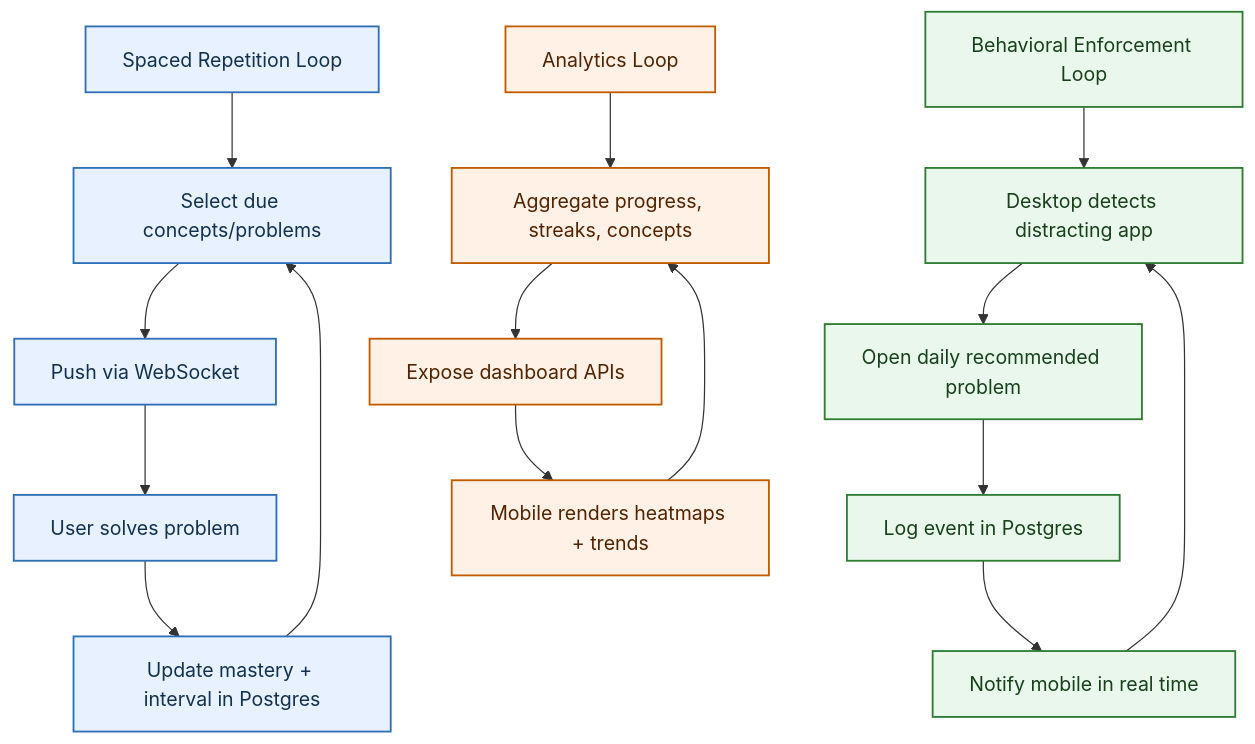
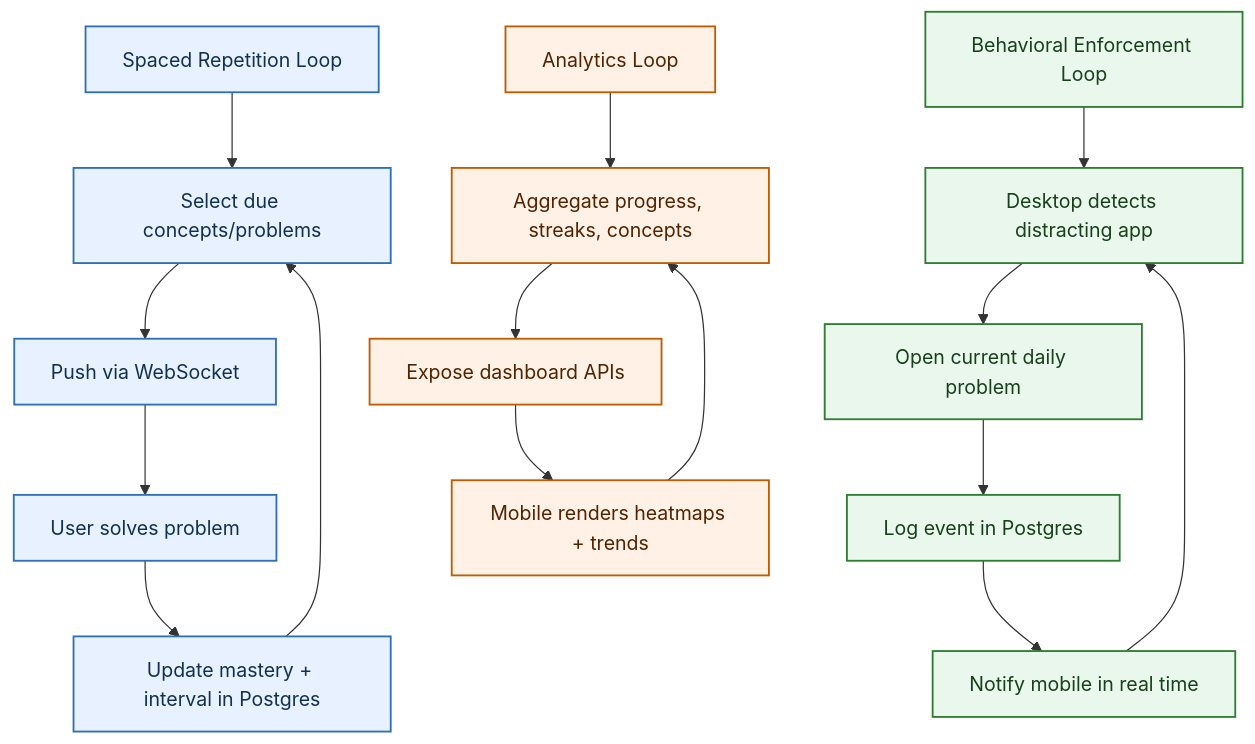
One commit to joewadk/queue_up changed the third of 4 diagrams in README.md. Above: the diagram before and after it, drawn with Mermaid. The commit also changed other lines of this file, not shown here.

Commit message:
docs: mermaid fix, some directional changes

````diff
--- a/README.md
+++ b/README.md
@@ -98,30 +108,30 @@
 ```mermaid
 flowchart TD
     A[Spaced Repetition Loop]
     A1[Select due concepts/problems]
     A2[Push via WebSocket]
     A3[User solves problem]
     A4[Update mastery + interval in Postgres]
     A --> A1 --> A2 --> A3 --> A4 --> A1
 
     B[Behavioral Enforcement Loop]
     B1[Desktop detects distracting app]
-    B2[Open daily recommended problem]
+    B2[Open current daily problem]
     B3[Log event in Postgres]
     B4[Notify mobile in real time]
     B --> B1 --> B2 --> B3 --> B4 --> B1
 
     C[Analytics Loop]
     C1[Aggregate progress, streaks, concepts]
     C2[Expose dashboard APIs]
     C3[Mobile renders heatmaps + trends]
     C --> C1 --> C2 --> C3 --> C1
 
     classDef spaced fill:#E8F1FF,stroke:#2F6FB6,color:#12314F,stroke-width:1.5px;
     classDef enforcement fill:#E9F7EC,stroke:#2E7D32,color:#17401B,stroke-width:1.5px;
     classDef analytics fill:#FFF1E5,stroke:#C25B00,color:#522300,stroke-width:1.5px;
 
     class A,A1,A2,A3,A4 spaced;
     class B,B1,B2,B3,B4 enforcement;
     class C,C1,C2,C3 analytics;
 ```
````
